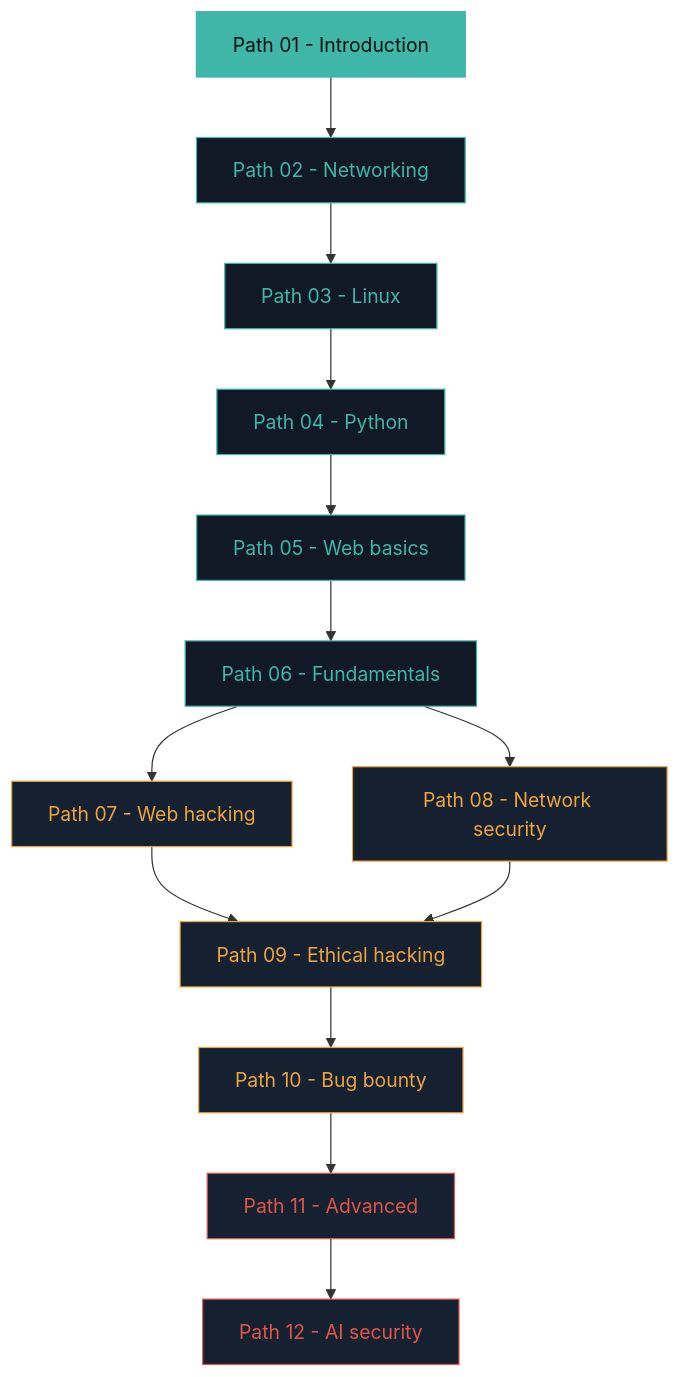
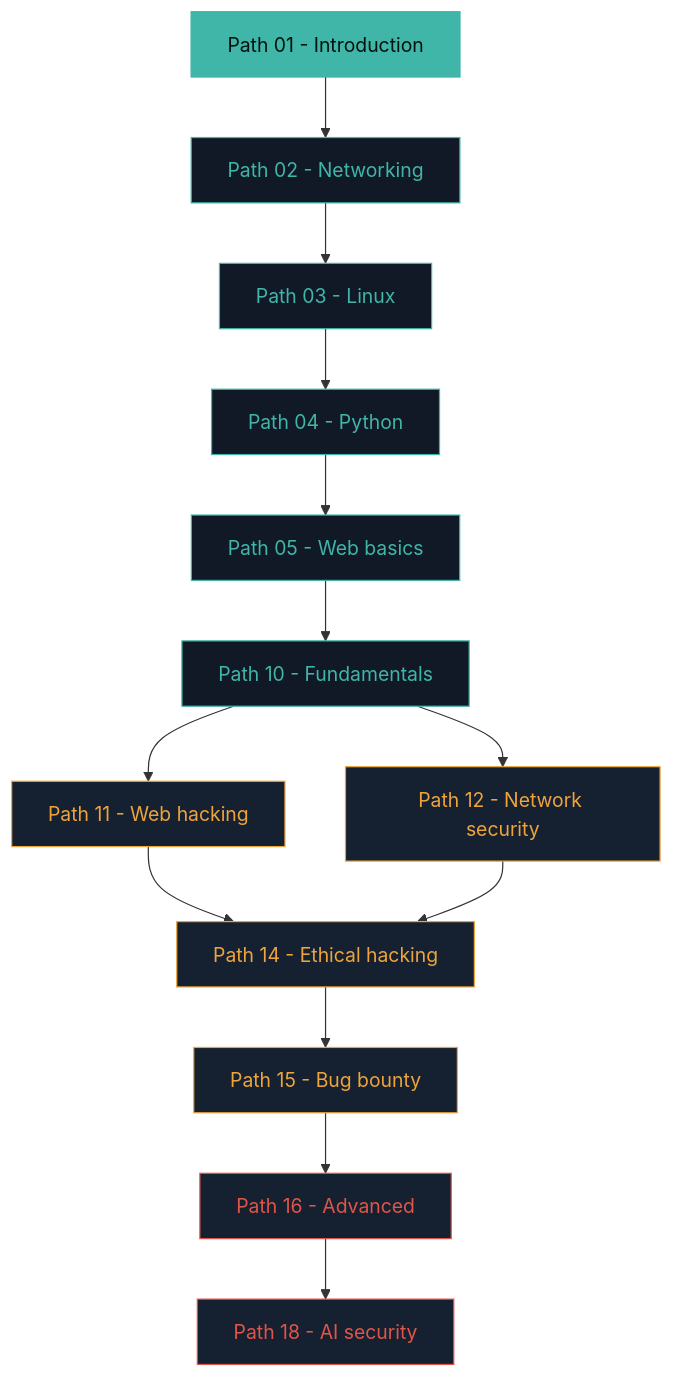
The diagram in course/01-introduction/how-to-learn.md (Iamishfaq07/KashSec), drawn with Mermaid before and after one commit. The commit also changed 355 other files, not shown here.

````diff
--- a/course/01-introduction/how-to-learn.md
+++ b/course/01-introduction/how-to-learn.md
@@ -15,28 +15,28 @@
 ```mermaid
 flowchart TD
     F1[Path 01 - Introduction] --> F2[Path 02 - Networking]
     F2 --> F3[Path 03 - Linux]
     F3 --> F4[Path 04 - Python]
     F4 --> F5[Path 05 - Web basics]
-    F5 --> F6[Path 06 - Fundamentals]
-    F6 --> A1[Path 07 - Web hacking]
-    F6 --> A2[Path 08 - Network security]
-    A1 --> B1[Path 09 - Ethical hacking]
+    F5 --> F6[Path 10 - Fundamentals]
+    F6 --> A1[Path 11 - Web hacking]
+    F6 --> A2[Path 12 - Network security]
+    A1 --> B1[Path 14 - Ethical hacking]
     A2 --> B1
-    B1 --> C1[Path 10 - Bug bounty]
-    C1 --> D1[Path 11 - Advanced]
-    D1 --> E1[Path 12 - AI security]
+    B1 --> C1[Path 15 - Bug bounty]
+    C1 --> D1[Path 16 - Advanced]
+    D1 --> E1[Path 18 - AI security]
 
     style F1 fill:#3FB6A8,color:#04120f,stroke:#3FB6A8
     style F2 fill:#111927,color:#3FB6A8,stroke:#3FB6A8
     style F3 fill:#111927,color:#3FB6A8,stroke:#3FB6A8
     style F4 fill:#111927,color:#3FB6A8,stroke:#3FB6A8
     style F5 fill:#111927,color:#3FB6A8,stroke:#3FB6A8
     style F6 fill:#111927,color:#3FB6A8,stroke:#3FB6A8
     style A1 fill:#152131,color:#EFA43A,stroke:#EFA43A
     style A2 fill:#152131,color:#EFA43A,stroke:#EFA43A
     style B1 fill:#152131,color:#EFA43A,stroke:#EFA43A
     style C1 fill:#152131,color:#EFA43A,stroke:#EFA43A
     style D1 fill:#152131,color:#E05548,stroke:#E05548
     style E1 fill:#152131,color:#E05548,stroke:#E05548
 ```
````
